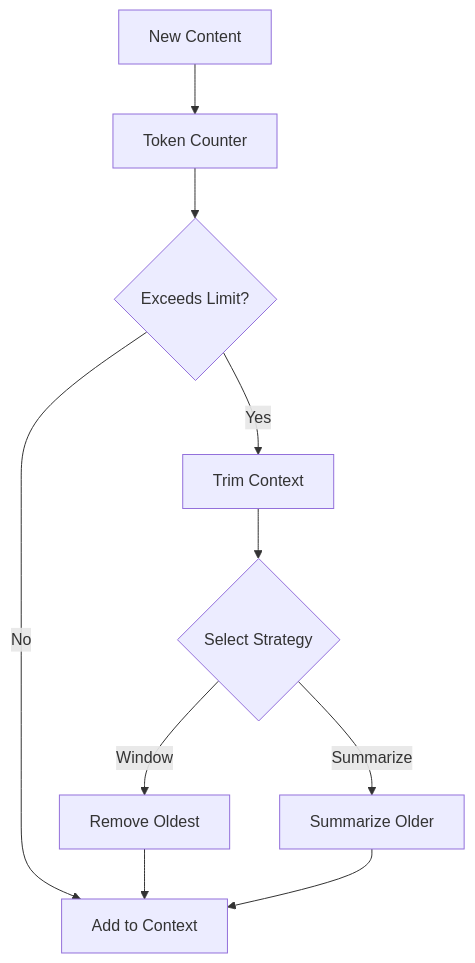
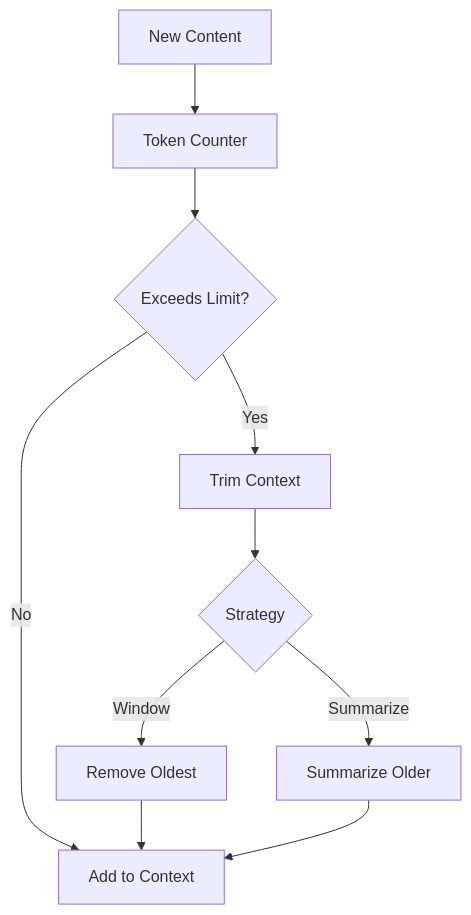
One commit to BlueCentre/cli-code changed the eighth of 8 diagrams in docs/architecture.md. Above: the diagram before and after it, drawn with Mermaid. The commit also changed other lines of this file, not shown here.

Commit message:
docs: Further simplify section 8 diagrams for GitHub compatibility

````diff
--- a/docs/architecture.md
+++ b/docs/architecture.md
@@ -313,14 +309,21 @@
 ```mermaid
 flowchart TD
-    A[New Content] --> B[Token Counter]
-    B --> C{Exceeds Limit?}
-    C -->|Yes| D[Trim Context]
-    C -->|No| E[Add to Context]
+    A-->B
+    B-->C
+    C-->|Yes|D
+    C-->|No|E
+    D-->F
+    F-->|Window|G
+    F-->|Summarize|H
+    G-->E
+    H-->E
     
-    D --> F{Select Strategy}
-    F -->|Window| G[Remove Oldest]
-    F -->|Summarize| H[Summarize Older]
-    
-    G --> E
-    H --> E
+    A[New Content]
+    B[Token Counter]
+    C{Exceeds Limit?}
+    D[Trim Context]
+    E[Add to Context]
+    F{Strategy}
+    G[Remove Oldest]
+    H[Summarize Older]
 ```
````
